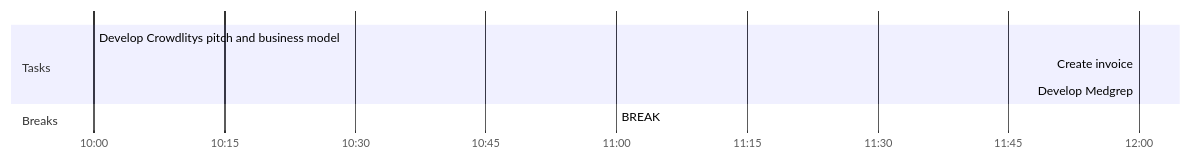
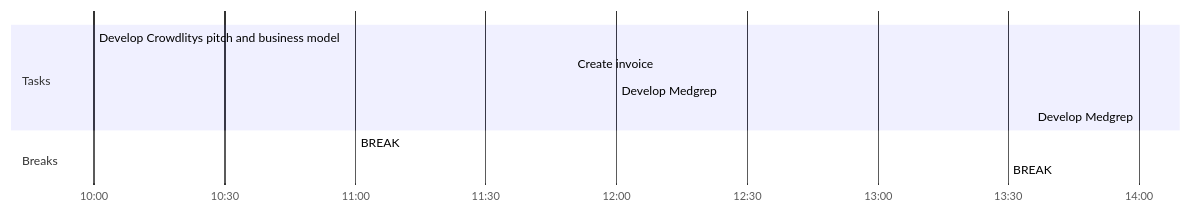
Before and after one commit to jjgumucio/KnowledgeBase: the diagram in KnowledgeBase/Day Planners/Day Planner-20220203.md, drawn with Mermaid. The commit also changed other lines of this file, not shown here.

Commit message:
vault backup: 03-02-2022 13:18:23

````diff
--- a/KnowledgeBase/Day Planners/Day Planner-20220203.md
+++ b/KnowledgeBase/Day Planners/Day Planner-20220203.md
@@ -2,12 +2,14 @@
 ```mermaid
 gantt
     dateFormat  HH-mm
     axisFormat %H:%M
-    %% Current Time: 1:13:22 PM
+    %% Current Time: 1:18:22 PM
     section Tasks
     Develop Crowdlitys pitch and business model     :10-00, 60mm
     Create invoice     :11-50, 10mm
-    Develop Medgrep     :12-00, 0mm
+    Develop Medgrep     :12-00, 90mm
+    Develop Medgrep     :14-00, 0mm
     section Breaks
     BREAK     :11-00, 50mm
+    BREAK     :13-30, 30mm
 ```
````
